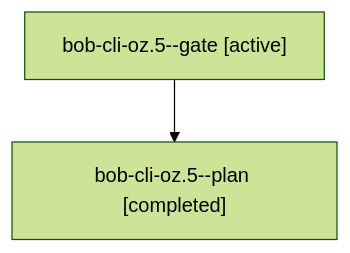
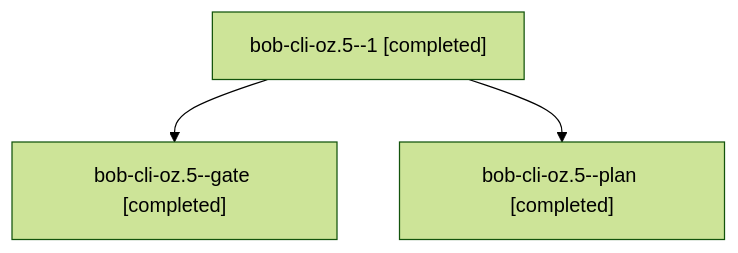
The diagram in sessions/bbugyi200.apollo.bob-cli-oz.5.md (bobs-org/bob-cli--agents), drawn with Mermaid (forest theme) before and after one commit. The commit also changed other lines of this file and 54 other files, not shown here.

````diff
--- a/sessions/bbugyi200.apollo.bob-cli-oz.5.md
+++ b/sessions/bbugyi200.apollo.bob-cli-oz.5.md
@@ -9,6 +9,8 @@
 ```mermaid
 flowchart TD
-  n0["bob-cli-oz.5--gate [active]"]
-  n1["bob-cli-oz.5--plan [completed]"]
+  n0["bob-cli-oz.5--1 [completed]"]
+  n1["bob-cli-oz.5--gate [completed]"]
   n0 --> n1
+  n2["bob-cli-oz.5--plan [completed]"]
+  n0 --> n2
 ```
````
